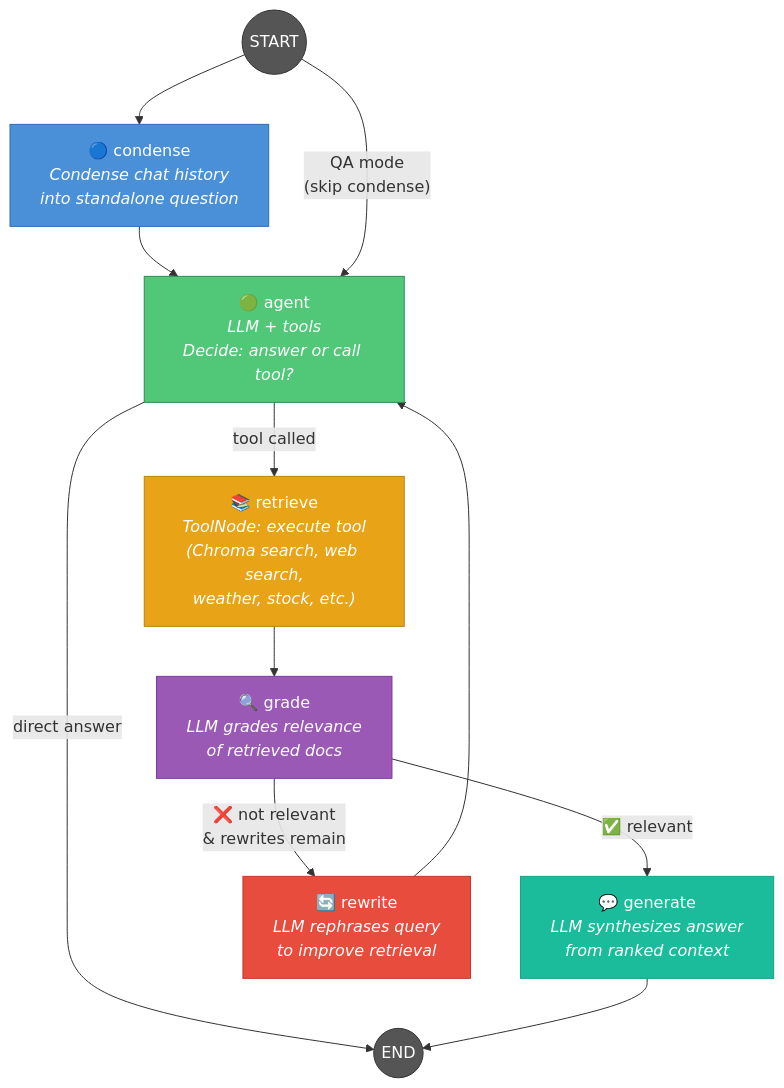
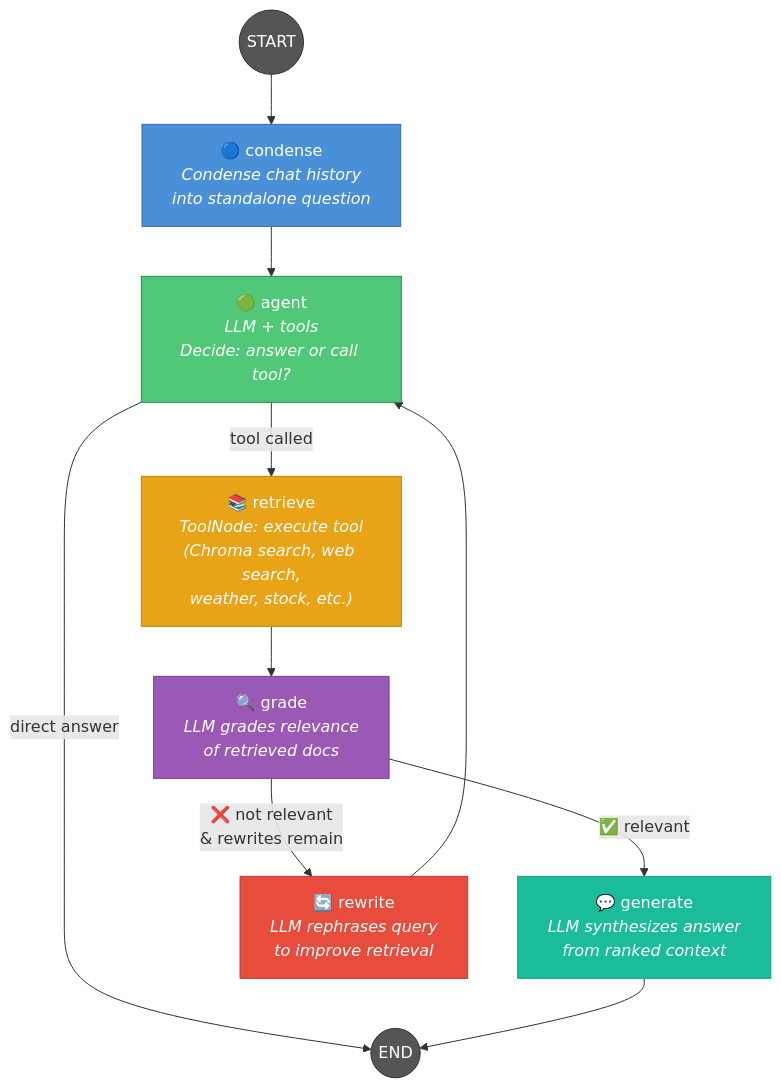
The first of 5 diagrams in docs/workflow-graphs.md (rishengW/langgraph-rag), drawn with Mermaid before and after one commit. The commit also changed other lines of this file and 41 other files, not shown here.

````diff
--- a/docs/workflow-graphs.md
+++ b/docs/workflow-graphs.md
@@ -7,28 +7,26 @@
 ```mermaid
 graph TD
     START((START)) --> condense["🔵 condense<br/><i>Condense chat history<br/>into standalone question</i>"]
     condense --> agent["🟢 agent<br/><i>LLM + tools<br/>Decide: answer or call tool?</i>"]
-
-    START -->|"QA mode<br/>(skip condense)"| agent
 
     agent -->|"tool called"| retrieve["📚 retrieve<br/><i>ToolNode: execute tool<br/>(Chroma search, web search,<br/>weather, stock, etc.)</i>"]
     agent -->|"direct answer"| END((END))
 
     retrieve --> grade["🔍 grade<br/><i>LLM grades relevance<br/>of retrieved docs</i>"]
 
     grade -->|"✅ relevant"| generate["💬 generate<br/><i>LLM synthesizes answer<br/>from ranked context</i>"]
     grade -->|"❌ not relevant<br/>& rewrites remain"| rewrite["🔄 rewrite<br/><i>LLM rephrases query<br/>to improve retrieval</i>"]
 
     rewrite --> agent
 
     generate --> END
 
     style START fill:#555,stroke:#333,color:#fff
     style END fill:#555,stroke:#333,color:#fff
     style condense fill:#4A90D9,stroke:#2E6BB5,color:#fff
     style agent fill:#50C878,stroke:#2E8B57,color:#fff
     style retrieve fill:#E8A317,stroke:#B8860B,color:#fff
     style grade fill:#9B59B6,stroke:#7D3C98,color:#fff
     style rewrite fill:#E74C3C,stroke:#C0392B,color:#fff
     style generate fill:#1ABC9C,stroke:#16A085,color:#fff
 ```
````
